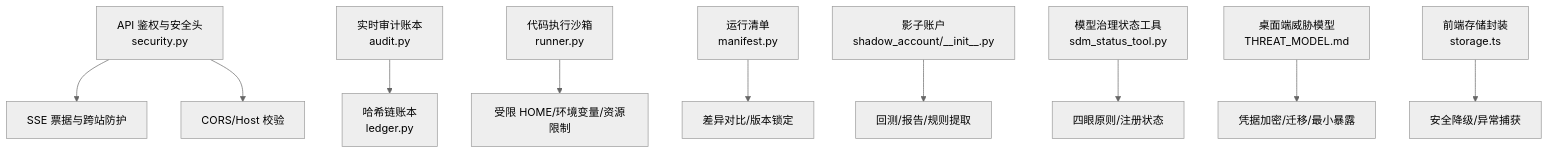
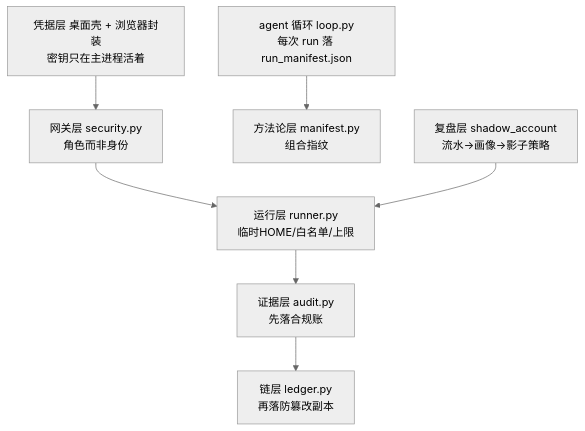
The first of 6 diagrams in repowiki/topics/安全与治理/安全与治理.md (hjfire/vibe-trading-fw), drawn with Mermaid (neutral theme) before and after one commit. The commit also changed other lines of this file and 5 other files, not shown here.

````diff
--- a/repowiki/topics/安全与治理/安全与治理.md
+++ b/repowiki/topics/安全与治理/安全与治理.md
@@ -67,12 +73,9 @@
 ```mermaid
 graph TB
-A["API 鉴权与安全头<br/>security.py"] --> B["SSE 票据与跨站防护"]
-A --> C["CORS/Host 校验"]
-D["实时审计账本<br/>audit.py"] --> E["哈希链账本<br/>ledger.py"]
-F["代码执行沙箱<br/>runner.py"] --> G["受限 HOME/环境变量/资源限制"]
-H["运行清单<br/>manifest.py"] --> I["差异对比/版本锁定"]
-J["影子账户<br/>shadow_account/__init__.py"] --> K["回测/报告/规则提取"]
-L["模型治理状态工具<br/>sdm_status_tool.py"] --> M["四眼原则/注册状态"]
-N["桌面端威胁模型<br/>THREAT_MODEL.md"] --> O["凭据加密/迁移/最小暴露"]
-P["前端存储封装<br/>storage.ts"] --> Q["安全降级/异常捕获"]
+G["网关层 security.py<br/>角色而非身份"] --> R["运行层 runner.py<br/>临时HOME/白名单/上限"]
+R --> E["证据层 audit.py<br/>先落合规账"]
+E --> L["链层 ledger.py<br/>再落防篡改副本"]
+L2["agent 循环 loop.py<br/>每次 run 落 run_manifest.json"] --> M["方法论层 manifest.py<br/>组合指纹"]
+J["复盘层 shadow_account<br/>流水→画像→影子策略"] --> R
+D["凭据层 桌面壳 + 浏览器封装<br/>密钥只在主进程活着"] --> G
 ```
````
